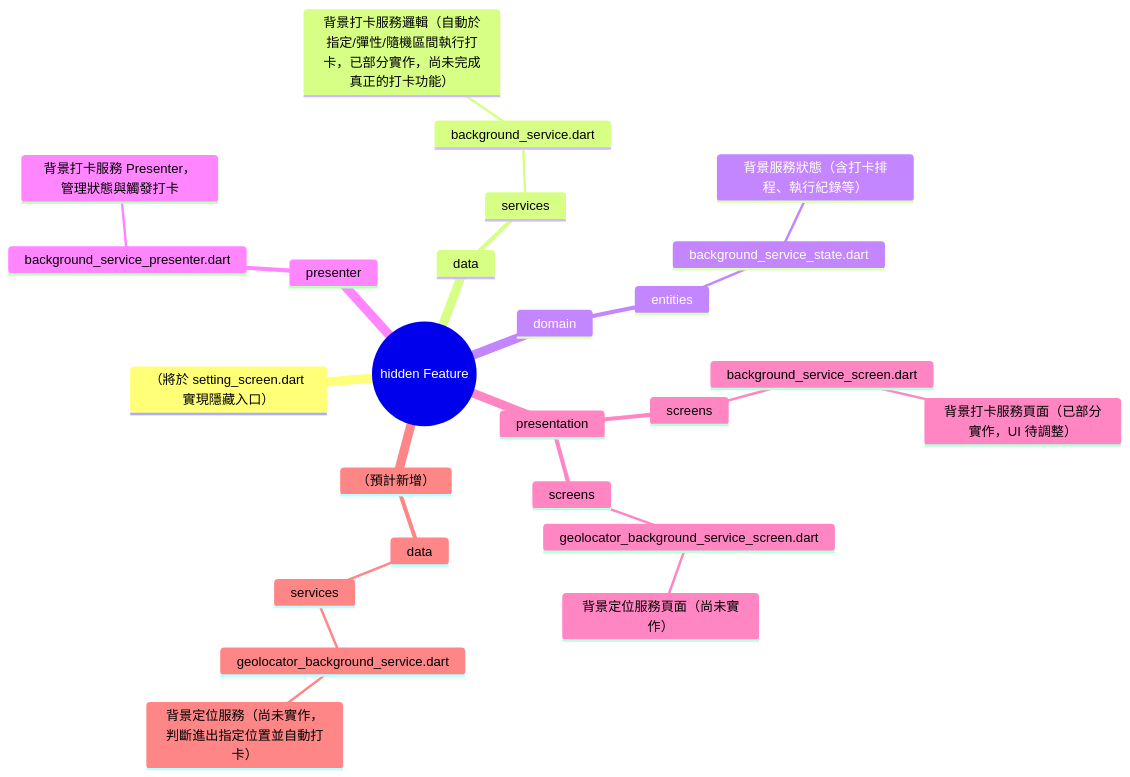
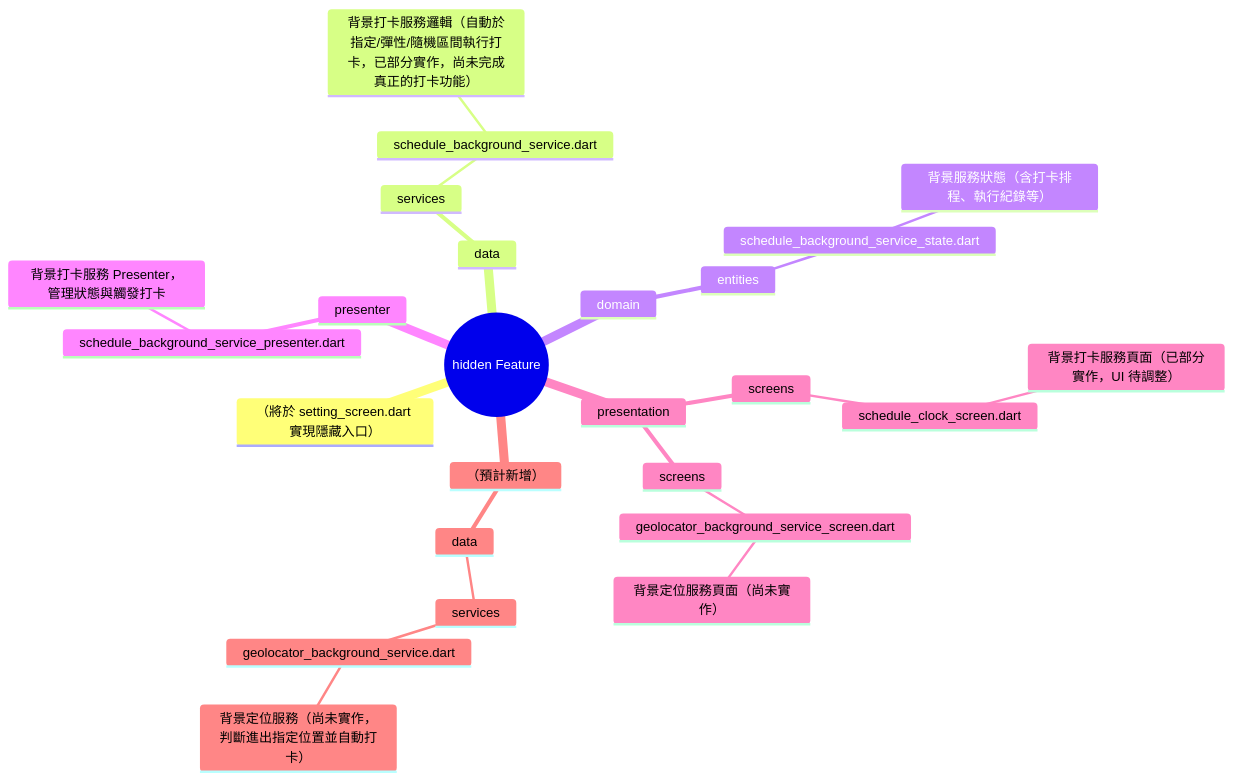
The diagram in lib/features/hidden/hidden.md (Aykahshi/auto_nueip_revamp), drawn with Mermaid before and after one commit. The commit also changed 16 other files, not shown here.

Commit message:
update: rename background service feature, replacing router extension

````diff
--- a/lib/features/hidden/hidden.md
+++ b/lib/features/hidden/hidden.md
@@ -1,28 +1,28 @@
 ```mermaid
 mindmap
   root((hidden Feature))
     （將於 setting_screen.dart 實現隱藏入口）
     data
       services
-        background_service.dart
+        schedule_background_service.dart
           背景打卡服務邏輯（自動於指定/彈性/隨機區間執行打卡，已部分實作，尚未完成真正的打卡功能）
     domain
       entities
-        background_service_state.dart
+        schedule_background_service_state.dart
           背景服務狀態（含打卡排程、執行紀錄等）
     presenter
-      background_service_presenter.dart
+      schedule_background_service_presenter.dart
         背景打卡服務 Presenter，管理狀態與觸發打卡
     presentation
       screens
-        background_service_screen.dart
+        schedule_clock_screen.dart
           背景打卡服務頁面（已部分實作，UI 待調整）
       screens
         geolocator_background_service_screen.dart
           背景定位服務頁面（尚未實作）
     （預計新增）
       data
         services
           geolocator_background_service.dart
             背景定位服務（尚未實作，判斷進出指定位置並自動打卡）
 ```
````
